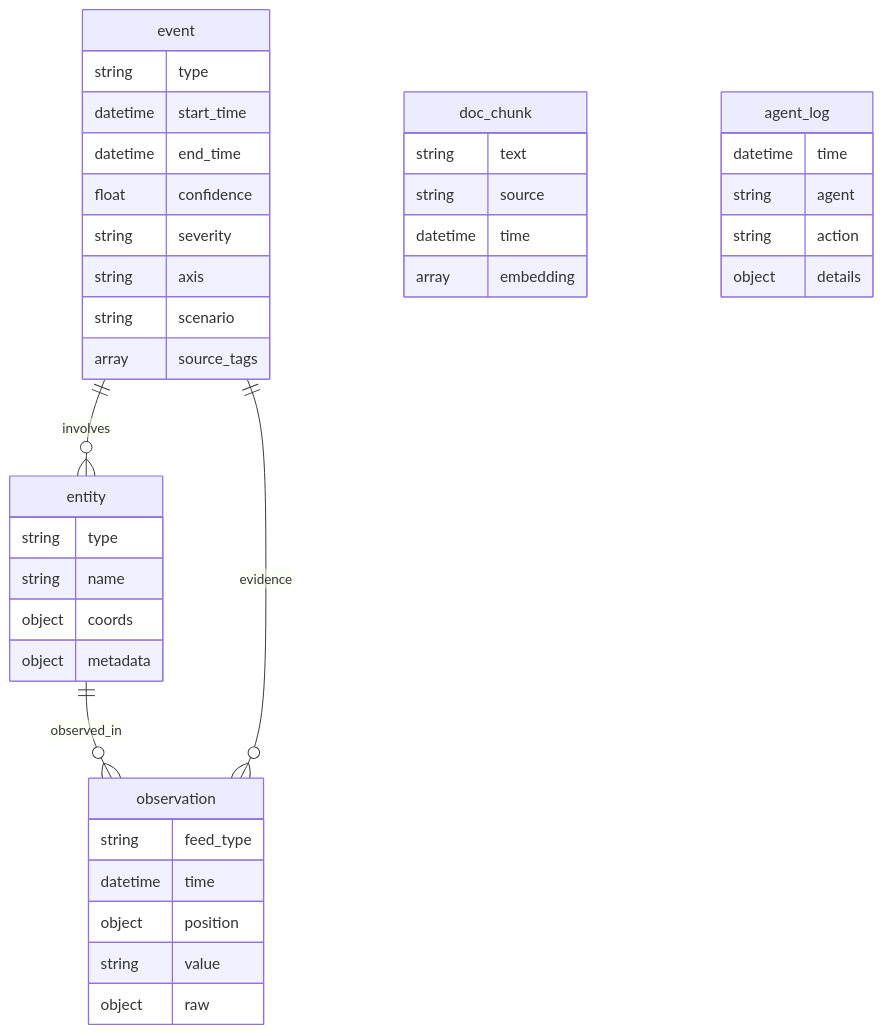
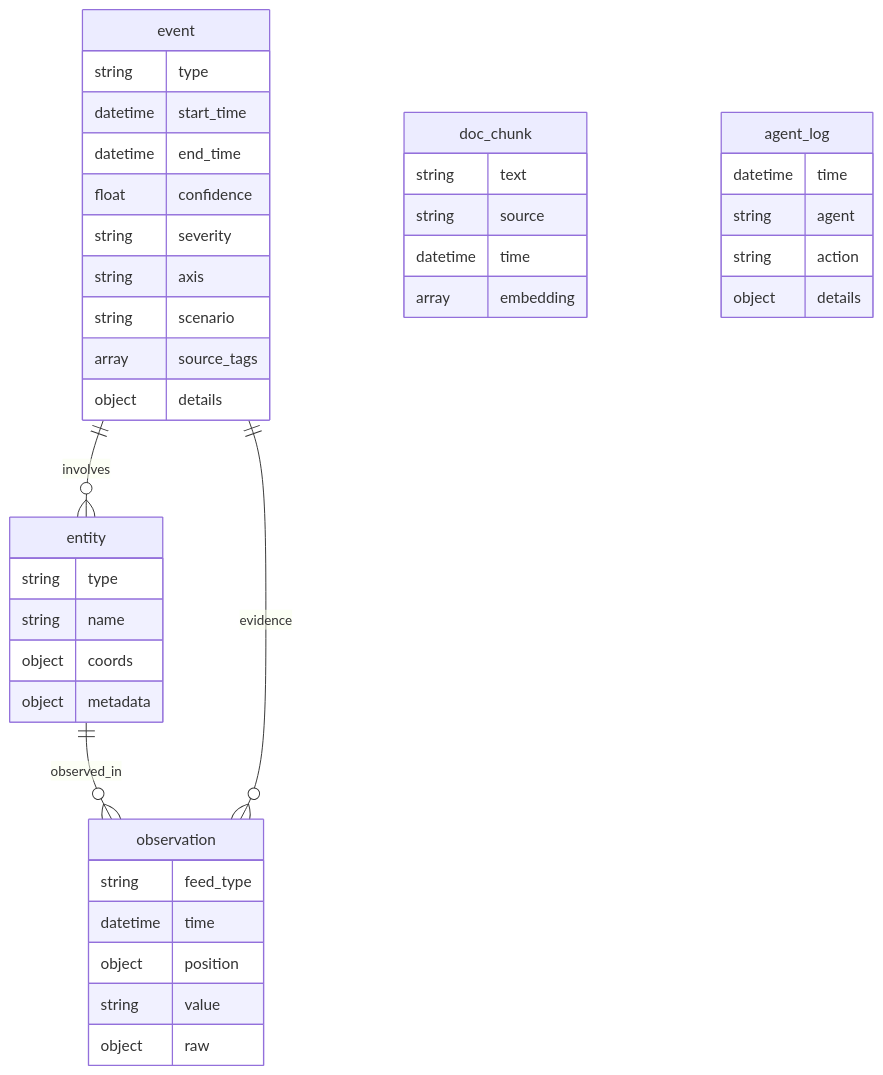
One commit to MasteraSnackin/GodEye changed the third of 3 diagrams in Architecture Overview.md. Above: the diagram before and after it, drawn with Mermaid. The commit also changed other lines of this file, not shown here.

First line of the commit message:
docs: rewrite Architecture Overview with 3-phase pipeline and updated component details

````diff
--- a/Architecture Overview.md
+++ b/Architecture Overview.md
@@ -279,46 +313,47 @@
 ```mermaid
 erDiagram
   entity {
     string type
     string name
     object coords
     object metadata
   }
 
   observation {
     string feed_type
     datetime time
     object position
     string value
     object raw
   }
 
   event {
     string type
     datetime start_time
     datetime end_time
     float confidence
     string severity
     string axis
     string scenario
     array source_tags
+    object details
   }
 
   doc_chunk {
     string text
     string source
     datetime time
     array embedding
   }
 
   agent_log {
     datetime time
     string agent
     string action
     object details
   }
 
   entity ||--o{ observation : "observed_in"
   event ||--o{ observation : "evidence"
   event ||--o{ entity : "involves"
 ```
````
